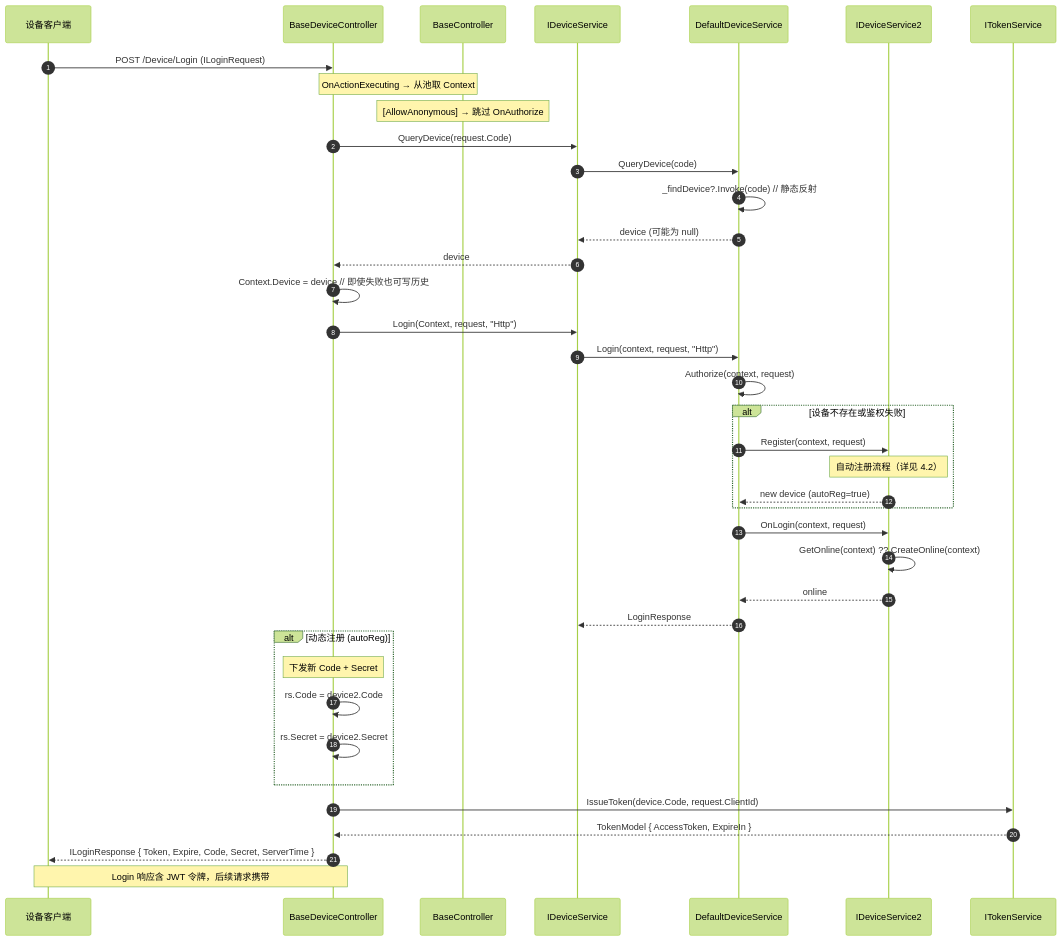
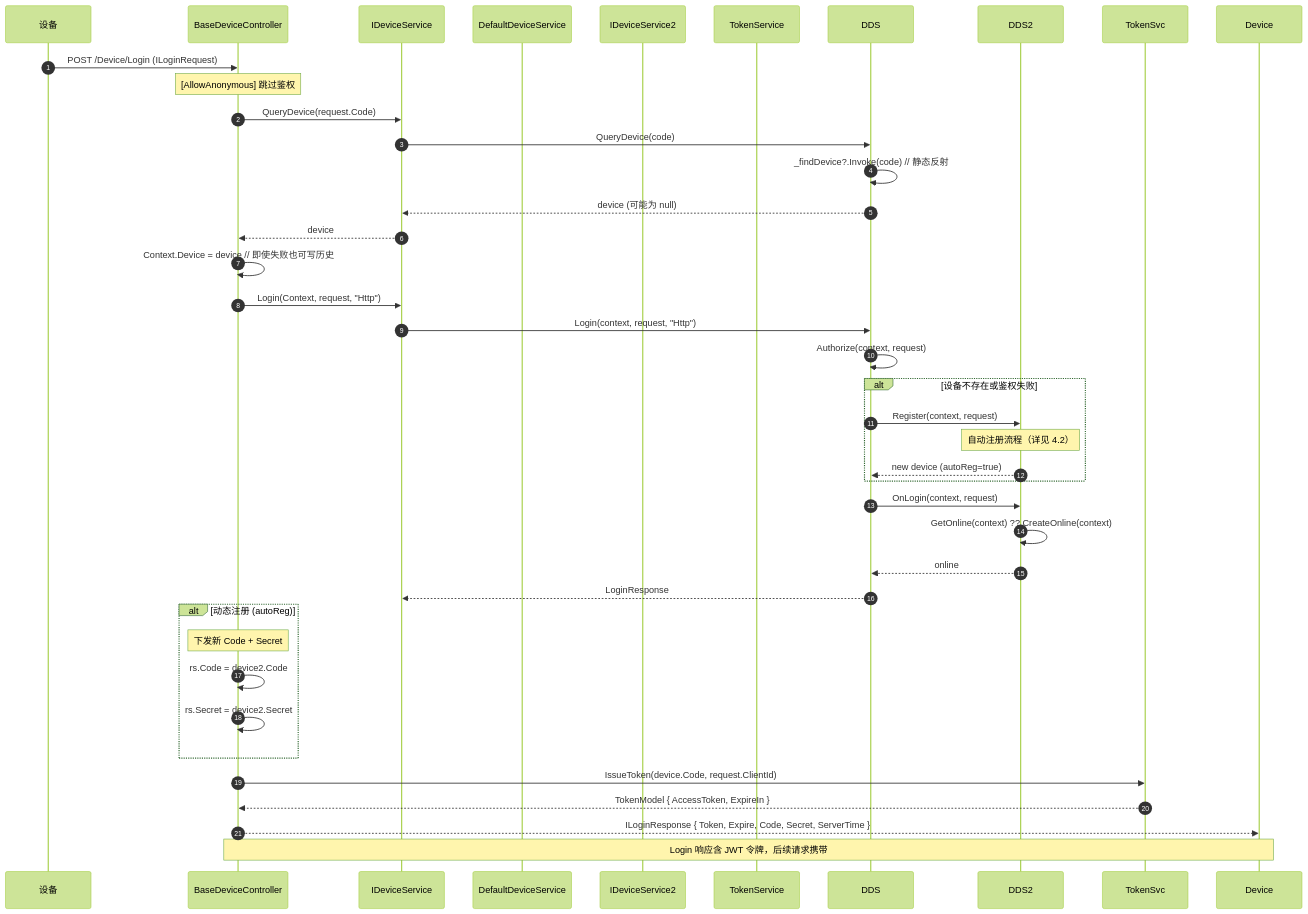
Before and after one commit to NewLifeX/NewLife.Remoting: the third of 10 diagrams in Doc/SRV-服务端架构.md, drawn with Mermaid (forest theme). The commit also changed other lines of this file, not shown here.

````diff
--- a/Doc/SRV-服务端架构.md
+++ b/Doc/SRV-服务端架构.md
@@ -314,50 +103,48 @@
 ```mermaid
 sequenceDiagram
     autonumber
-    participant Device as 设备客户端
+    participant D as 设备
     participant BC as BaseDeviceController
-    participant Filter as BaseController
     participant Svc as IDeviceService
-    participant DDS as DefaultDeviceService
-    participant DDS2 as IDeviceService2
-    participant TokenSvc as ITokenService
+    participant DS as DefaultDeviceService
+    participant DS2 as IDeviceService2
+    participant Token as TokenService
 
-    Device->>BC: POST /Device/Login (ILoginRequest)
-    Note over BC,Filter: OnActionExecuting → 从池取 Context
-    Note over Filter: [AllowAnonymous] → 跳过 OnAuthorize
+    D->>BC: POST /Device/Login (ILoginRequest)
+    Note over BC: [AllowAnonymous] 跳过鉴权
 
     BC->>Svc: QueryDevice(request.Code)
     Svc->>DDS: QueryDevice(code)
     DDS->>DDS: _findDevice?.Invoke(code)  // 静态反射
     DDS-->>Svc: device (可能为 null)
     Svc-->>BC: device
 
     BC->>BC: Context.Device = device  // 即使失败也可写历史
 
     BC->>Svc: Login(Context, request, "Http")
     Svc->>DDS: Login(context, request, "Http")
     DDS->>DDS: Authorize(context, request)
 
     alt 设备不存在或鉴权失败
         DDS->>DDS2: Register(context, request)
         Note over DDS2: 自动注册流程（详见 4.2）
         DDS2-->>DDS: new device (autoReg=true)
     end
 
     DDS->>DDS2: OnLogin(context, request)
     DDS2->>DDS2: GetOnline(context) ?? CreateOnline(context)
     DDS2-->>DDS: online
     DDS-->>Svc: LoginResponse
 
     alt 动态注册 (autoReg)
         Note over BC: 下发新 Code + Secret
         BC->>BC: rs.Code = device2.Code
         BC->>BC: rs.Secret = device2.Secret
     end
 
     BC->>TokenSvc: IssueToken(device.Code, request.ClientId)
     TokenSvc-->>BC: TokenModel { AccessToken, ExpireIn }
 
     BC-->>Device: ILoginResponse { Token, Expire, Code, Secret, ServerTime }
     Note over BC,Device: Login 响应含 JWT 令牌，后续请求携带
 ```
````
